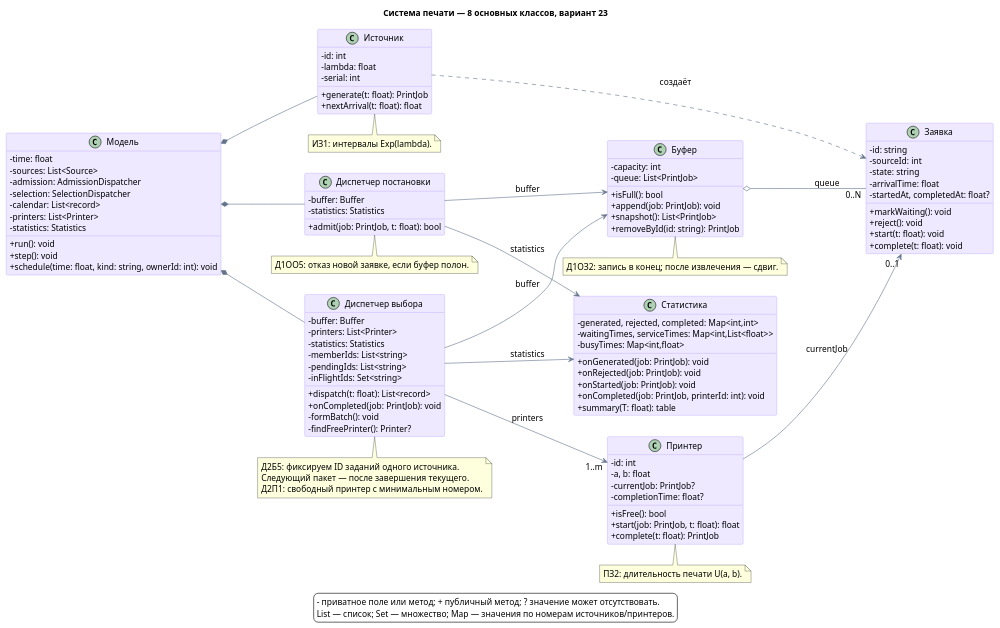
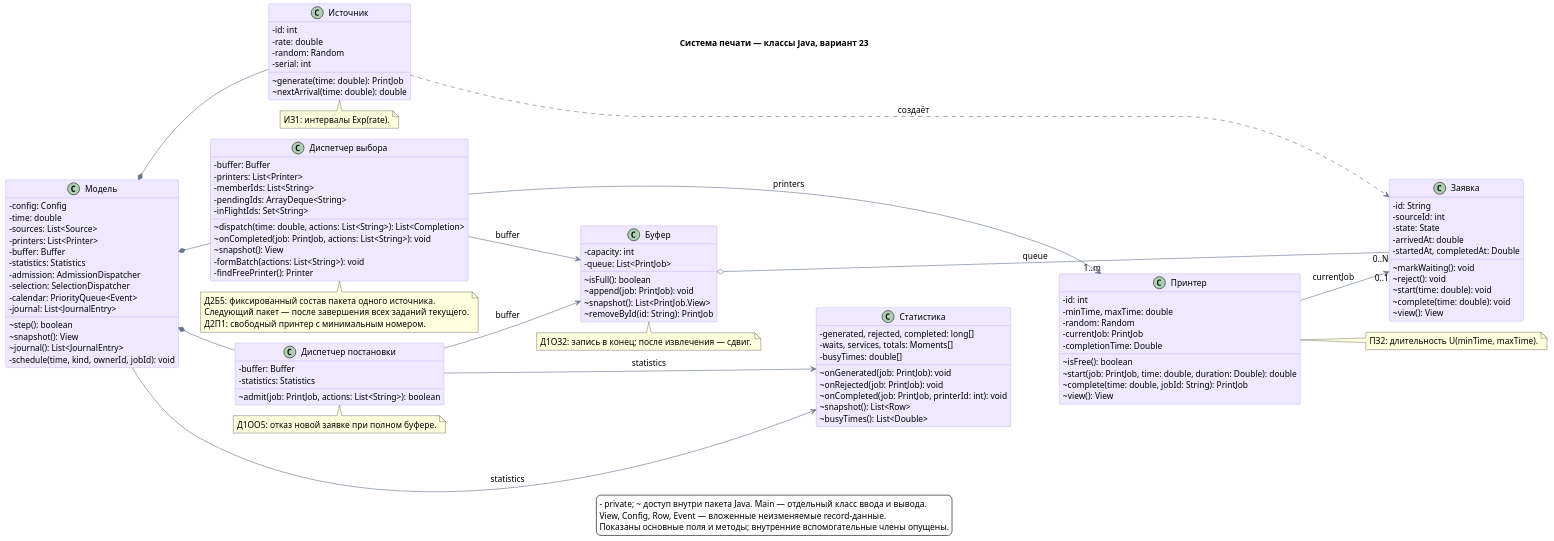
Before and after one commit to eg0sha-0/aps-variant-23: the diagram in docs/diagrams/classes.puml, drawn with PlantUML. The commit also changed 21 other files, not shown here.

Commit message:
Implement encapsulated Java step simulator with console configuration and validation

```diff
--- a/docs/diagrams/classes.puml
+++ b/docs/diagrams/classes.puml
@@ -1,111 +1,123 @@
 @startuml
-title Система печати — 8 основных классов, вариант 23
+!pragma layout smetana
+title Система печати — классы Java, вариант 23
 skinparam backgroundColor white
 skinparam defaultFontName Arial
 skinparam defaultFontSize 14
 skinparam shadowing false
 skinparam classBackgroundColor #EEE9FF
 skinparam classBorderColor #A78BFA
 skinparam ArrowColor #64748B
 skinparam classAttributeIconSize 0
 hide empty members
 left to right direction
 class "Модель" as Simulation {
- - time: float
+ - config: Config
+ - time: double
  - sources: List<Source>
+ - printers: List<Printer>
+ - buffer: Buffer
+ - statistics: Statistics
  - admission: AdmissionDispatcher
  - selection: SelectionDispatcher
- - calendar: List<record>
- - printers: List<Printer>
- - statistics: Statistics
- + run(): void
- + step(): void
- + schedule(time: float, kind: string, ownerId: int): void
+ - calendar: PriorityQueue<Event>
+ - journal: List<JournalEntry>
+ ~ step(): boolean
+ ~ snapshot(): View
+ ~ journal(): List<JournalEntry>
+ - schedule(time, kind, ownerId, jobId): void
 }
 class "Источник" as Source {
  - id: int
- - lambda: float
+ - rate: double
+ - random: Random
  - serial: int
- + generate(t: float): PrintJob
- + nextArrival(t: float): float
+ ~ generate(time: double): PrintJob
+ ~ nextArrival(time: double): double
 }
 class "Диспетчер постановки" as AdmissionDispatcher {
  - buffer: Buffer
  - statistics: Statistics
- + admit(job: PrintJob, t: float): bool
+ ~ admit(job: PrintJob, actions: List<String>): boolean
 }
 class "Буфер" as Buffer {
  - capacity: int
  - queue: List<PrintJob>
- + isFull(): bool
- + append(job: PrintJob): void
- + snapshot(): List<PrintJob>
- + removeById(id: string): PrintJob
+ ~ isFull(): boolean
+ ~ append(job: PrintJob): void
+ ~ snapshot(): List<PrintJob.View>
+ ~ removeById(id: String): PrintJob
 }
 class "Диспетчер выбора" as SelectionDispatcher {
  - buffer: Buffer
  - printers: List<Printer>
- - statistics: Statistics
- - memberIds: List<string>
- - pendingIds: List<string>
- - inFlightIds: Set<string>
- + dispatch(t: float): List<record>
- + onCompleted(job: PrintJob): void
- - formBatch(): void
- - findFreePrinter(): Printer?
+ - memberIds: List<String>
+ - pendingIds: ArrayDeque<String>
+ - inFlightIds: Set<String>
+ ~ dispatch(time: double, actions: List<String>): List<Completion>
+ ~ onCompleted(job: PrintJob, actions: List<String>): void
+ ~ snapshot(): View
+ - formBatch(actions: List<String>): void
+ - findFreePrinter(): Printer
 }
 class "Принтер" as Printer {
  - id: int
- - a, b: float
- - currentJob: PrintJob?
- - completionTime: float?
- + isFree(): bool
- + start(job: PrintJob, t: float): float
- + complete(t: float): PrintJob
+ - minTime, maxTime: double
+ - random: Random
+ - currentJob: PrintJob
+ - completionTime: Double
+ ~ isFree(): boolean
+ ~ start(job: PrintJob, time: double, duration: Double): double
+ ~ complete(time: double, jobId: String): PrintJob
+ ~ view(): View
 }
 class "Заявка" as PrintJob {
- - id: string
+ - id: String
  - sourceId: int
- - state: string
- - arrivalTime: float
- - startedAt, completedAt: float?
- + markWaiting(): void
- + reject(): void
- + start(t: float): void
- + complete(t: float): void
+ - state: State
+ - arrivedAt: double
+ - startedAt, completedAt: Double
+ ~ markWaiting(): void
+ ~ reject(): void
+ ~ start(time: double): void
+ ~ complete(time: double): void
+ ~ view(): View
 }
 class "Статистика" as Statistics {
- - generated, rejected, completed: Map<int,int>
- - waitingTimes, serviceTimes: Map<int,List<float>>
- - busyTimes: Map<int,float>
- + onGenerated(job: PrintJob): void
- + onRejected(job: PrintJob): void
- + onStarted(job: PrintJob): void
- + onCompleted(job: PrintJob, printerId: int): void
- + summary(T: float): table
+ - generated, rejected, completed: long[]
+ - waits, services, totals: Moments[]
+ - busyTimes: double[]
+ ~ onGenerated(job: PrintJob): void
+ ~ onRejected(job: PrintJob): void
+ ~ onCompleted(job: PrintJob, printerId: int): void
+ ~ snapshot(): List<Row>
+ ~ busyTimes(): List<Double>
 }
 Simulation *-- Source
 Simulation *-- AdmissionDispatcher
 Simulation *-- SelectionDispatcher
 AdmissionDispatcher --> Buffer : buffer
 AdmissionDispatcher --> Statistics : statistics
 SelectionDispatcher --> Buffer : buffer
-SelectionDispatcher --> Statistics : statistics
 SelectionDispatcher --> "1..m" Printer : printers
+Simulation --> Statistics : statistics
 Buffer o-- "0..N" PrintJob : queue
 Printer --> "0..1" PrintJob : currentJob
 Source ..> PrintJob : создаёт
-note bottom of Source: ИЗ1: интервалы Exp(lambda).
-note bottom of AdmissionDispatcher: Д1ОО5: отказ новой заявке, если буфер полон.
+Buffer -[hidden]down-> Statistics
+Statistics -[hidden]down-> Printer
+note bottom of Source: ИЗ1: интервалы Exp(rate).
+note bottom of AdmissionDispatcher: Д1ОО5: отказ новой заявке при полном буфере.
 note bottom of Buffer: Д1ОЗ2: запись в конец; после извлечения — сдвиг.
 note bottom of SelectionDispatcher
-Д2Б5: фиксируем ID заданий одного источника.
-Следующий пакет — после завершения текущего.
+Д2Б5: фиксированный состав пакета одного источника.
+Следующий пакет — после завершения всех заданий текущего.
 Д2П1: свободный принтер с минимальным номером.
 end note
-note bottom of Printer: ПЗ2: длительность печати U(a, b).
+note right of Printer: ПЗ2: длительность U(minTime, maxTime).
 legend bottom
-  - приватное поле или метод; + публичный метод; ? значение может отсутствовать.
-  List — список; Set — множество; Map — значения по номерам источников/принтеров.
+ - private; ~ доступ внутри пакета Java. Main — отдельный класс ввода и вывода.
+ View, Config, Row, Event — вложенные неизменяемые record-данные.
+ Показаны основные поля и методы; внутренние вспомогательные члены опущены.
 endlegend
 @enduml
```
